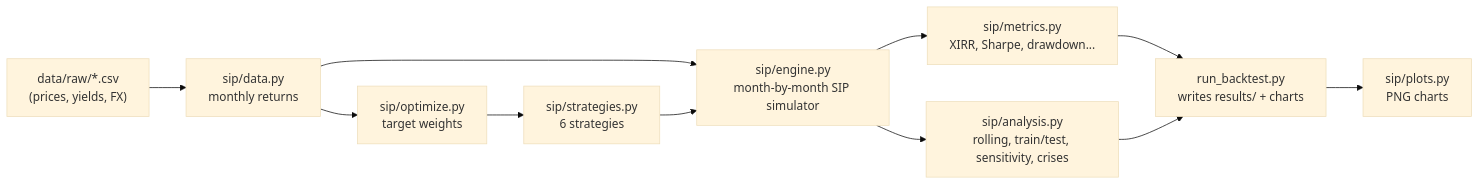
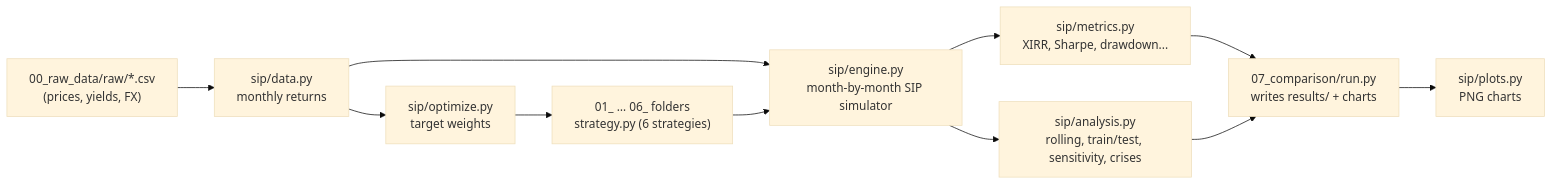
One commit to AIuser2966/btp changed the diagram in docs/EXPLAINED.md. Above: the diagram before and after it, drawn with Mermaid (base theme). The commit also changed other lines of this file and 266 other files, not shown here.

First line of the commit message:
Reorganize repo: raw data, one folder per strategy, comparison

````diff
--- a/docs/EXPLAINED.md
+++ b/docs/EXPLAINED.md
@@ -43,13 +43,13 @@
 ```mermaid
 flowchart LR
-    A["data/raw/*.csv<br/>(prices, yields, FX)"] --> B["sip/data.py<br/>monthly returns"]
+    A["00_raw_data/raw/*.csv<br/>(prices, yields, FX)"] --> B["sip/data.py<br/>monthly returns"]
     B --> C["sip/optimize.py<br/>target weights"]
-    C --> D["sip/strategies.py<br/>6 strategies"]
+    C --> D["01_ … 06_ folders<br/>strategy.py (6 strategies)"]
     B --> E["sip/engine.py<br/>month-by-month SIP simulator"]
     D --> E
     E --> F["sip/metrics.py<br/>XIRR, Sharpe, drawdown..."]
     E --> G["sip/analysis.py<br/>rolling, train/test, sensitivity, crises"]
-    F --> H["run_backtest.py<br/>writes results/ + charts"]
+    F --> H["07_comparison/run.py<br/>writes results/ + charts"]
     G --> H
     H --> I["sip/plots.py<br/>PNG charts"]
 ```
````
